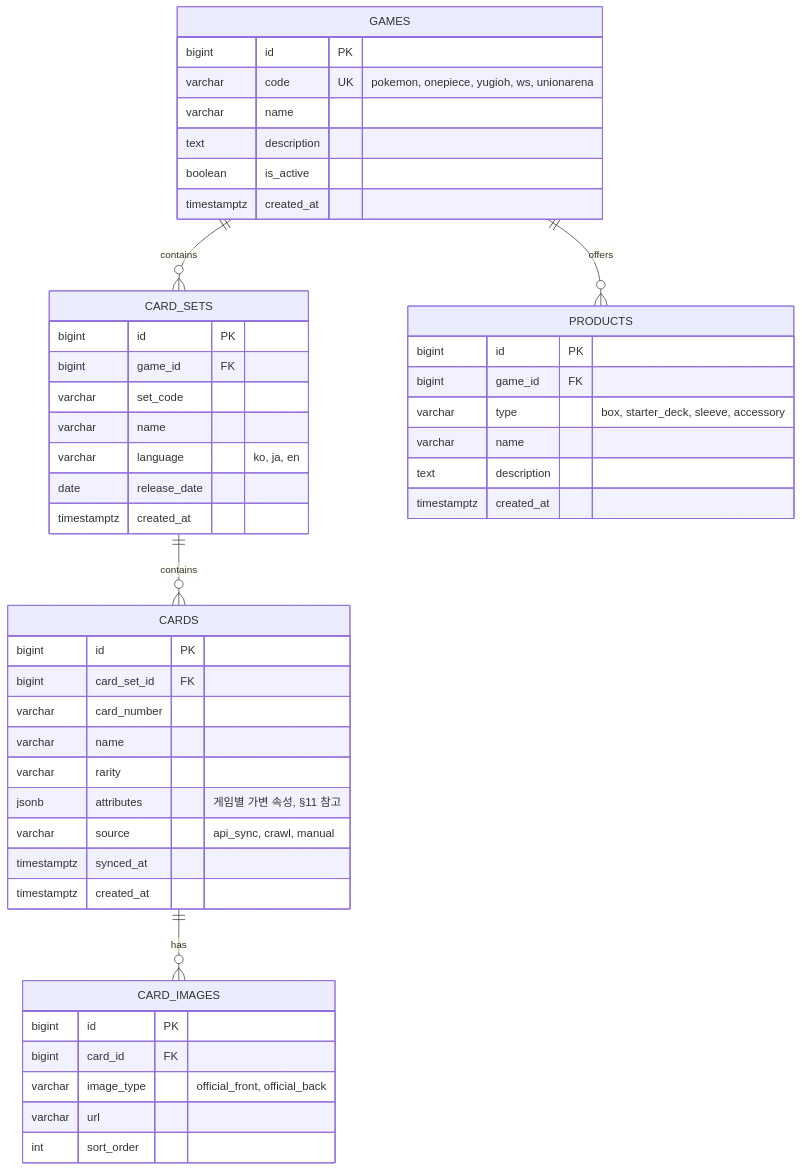
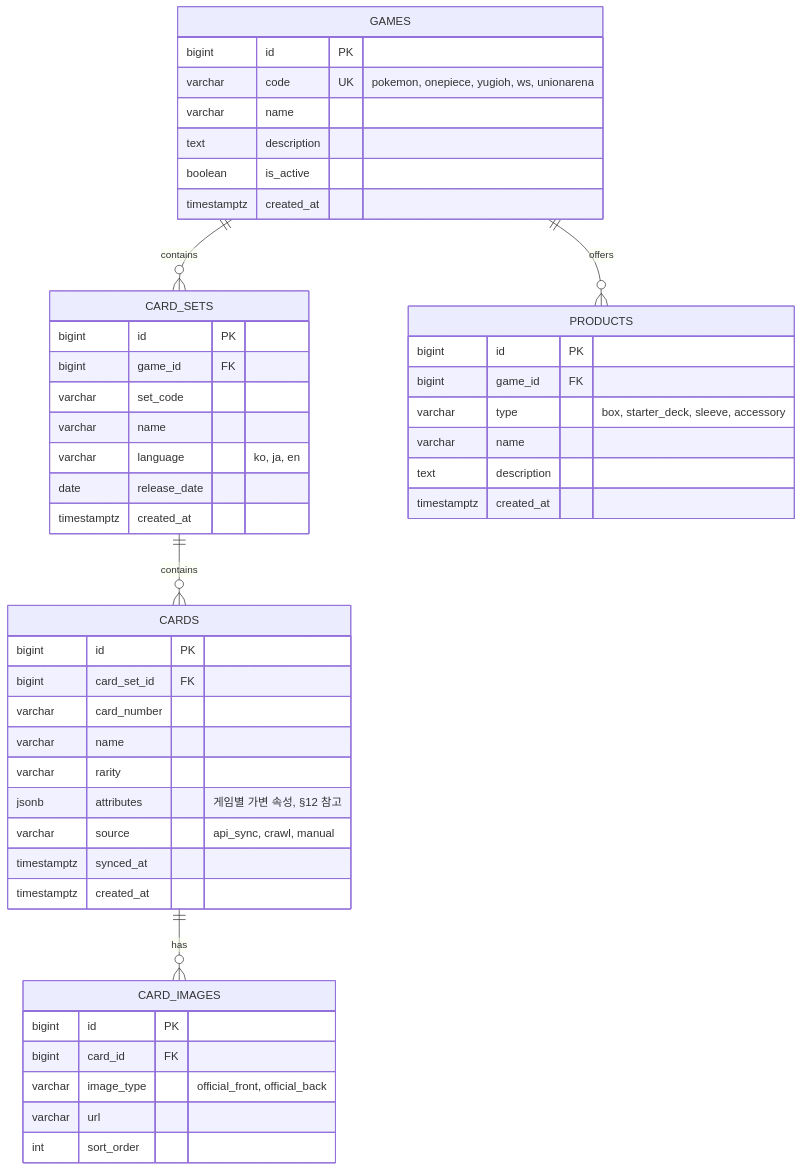
Before and after one commit to WinLakeLee/WinLakeLee: the third of 11 diagrams in docs/ERD.md, drawn with Mermaid. The commit also changed other lines of this file and 1 other file, not shown here.

````diff
--- a/docs/ERD.md
+++ b/docs/ERD.md
@@ -154,55 +161,55 @@
 ```mermaid
 erDiagram
     GAMES ||--o{ CARD_SETS : contains
     CARD_SETS ||--o{ CARDS : contains
     CARDS ||--o{ CARD_IMAGES : has
     GAMES ||--o{ PRODUCTS : offers
 
     GAMES {
         bigint id PK
         varchar code UK "pokemon, onepiece, yugioh, ws, unionarena"
         varchar name
         text description
         boolean is_active
         timestamptz created_at
     }
 
     CARD_SETS {
         bigint id PK
         bigint game_id FK
         varchar set_code
         varchar name
         varchar language "ko, ja, en"
         date release_date
         timestamptz created_at
     }
 
     CARDS {
         bigint id PK
         bigint card_set_id FK
         varchar card_number
         varchar name
         varchar rarity
-        jsonb attributes "게임별 가변 속성, §11 참고"
+        jsonb attributes "게임별 가변 속성, §12 참고"
         varchar source "api_sync, crawl, manual"
         timestamptz synced_at
         timestamptz created_at
     }
 
     CARD_IMAGES {
         bigint id PK
         bigint card_id FK
         varchar image_type "official_front, official_back"
         varchar url
         int sort_order
     }
 
     PRODUCTS {
         bigint id PK
         bigint game_id FK
         varchar type "box, starter_deck, sleeve, accessory"
         varchar name
         text description
         timestamptz created_at
     }
 ```
````
